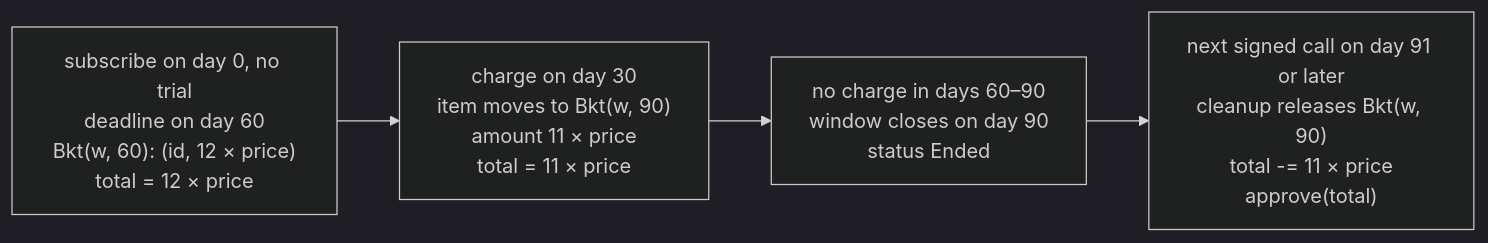
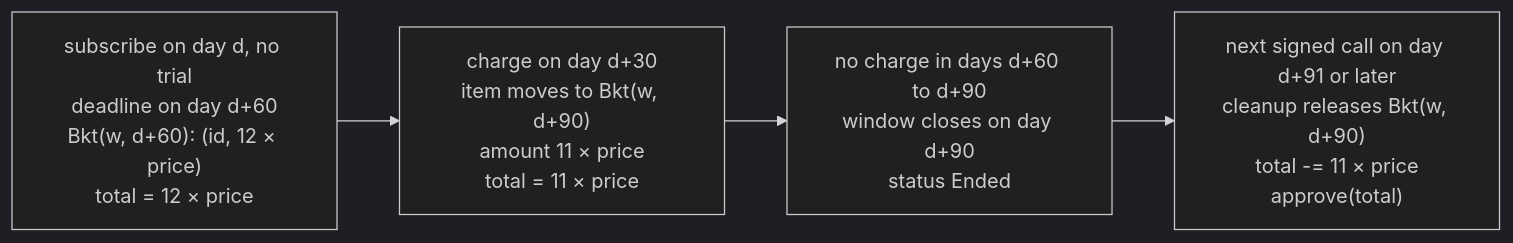
One commit to PiNetwork/PiRC changed the fourth of 5 diagrams in PiRC2/2-overview.md. Above: the diagram before and after it, drawn with Mermaid (dark theme). The commit also changed other lines of this file and 3 other files, not shown here.

````diff
--- a/PiRC2/2-overview.md
+++ b/PiRC2/2-overview.md
@@ -124,6 +124,6 @@
 ```mermaid
 flowchart LR
-  S["subscribe on day 0, no trial<br/>deadline on day 60<br/>Bkt(w, 60): (id, 12 × price)<br/>total = 12 × price"] --> C["charge on day 30<br/>item moves to Bkt(w, 90)<br/>amount 11 × price<br/>total = 11 × price"]
-  C --> M["no charge in days 60–90<br/>window closes on day 90<br/>status Ended"]
-  M --> K["next signed call on day 91 or later<br/>cleanup releases Bkt(w, 90)<br/>total -= 11 × price<br/>approve(total)"]
+  S["subscribe on day d, no trial<br/>deadline on day d+60<br/>Bkt(w, d+60): (id, 12 × price)<br/>total = 12 × price"] --> C["charge on day d+30<br/>item moves to Bkt(w, d+90)<br/>amount 11 × price<br/>total = 11 × price"]
+  C --> M["no charge in days d+60 to d+90<br/>window closes on day d+90<br/>status Ended"]
+  M --> K["next signed call on day d+91 or later<br/>cleanup releases Bkt(w, d+90)<br/>total -= 11 × price<br/>approve(total)"]
 ```
````
